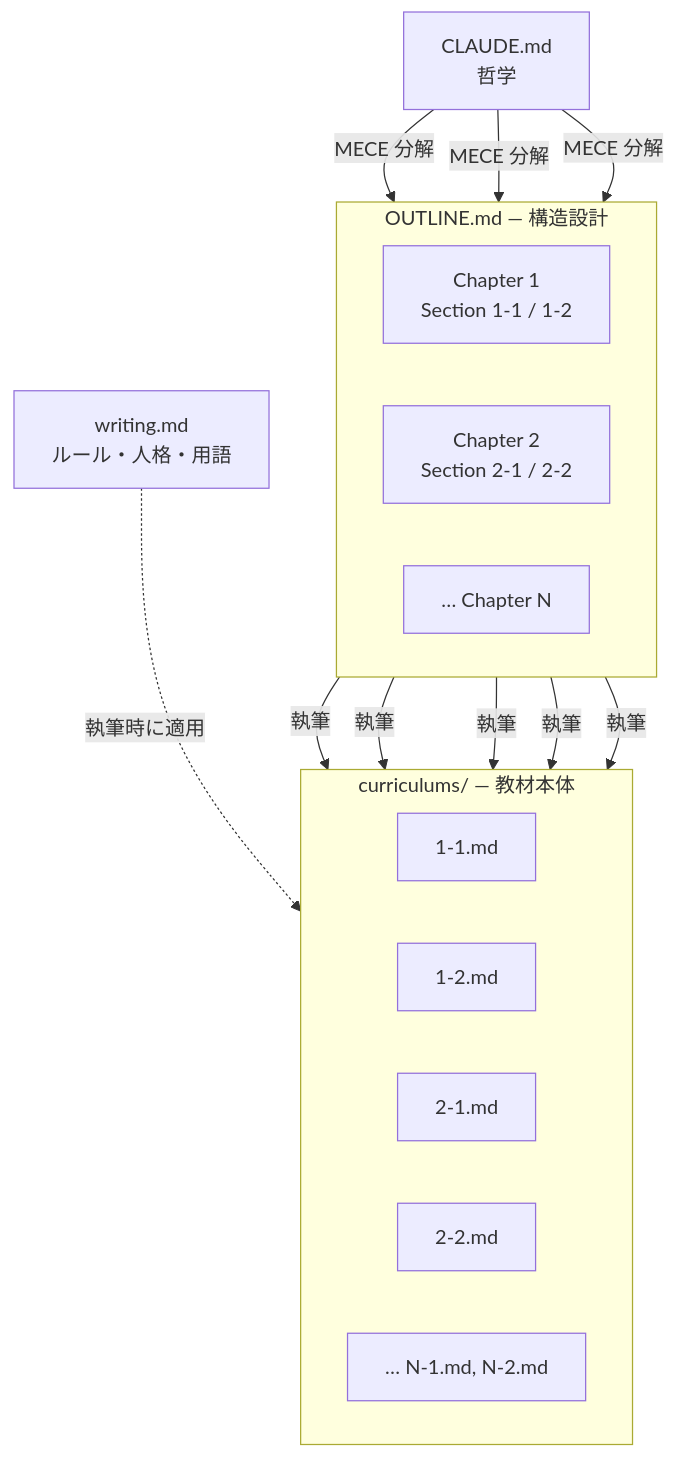
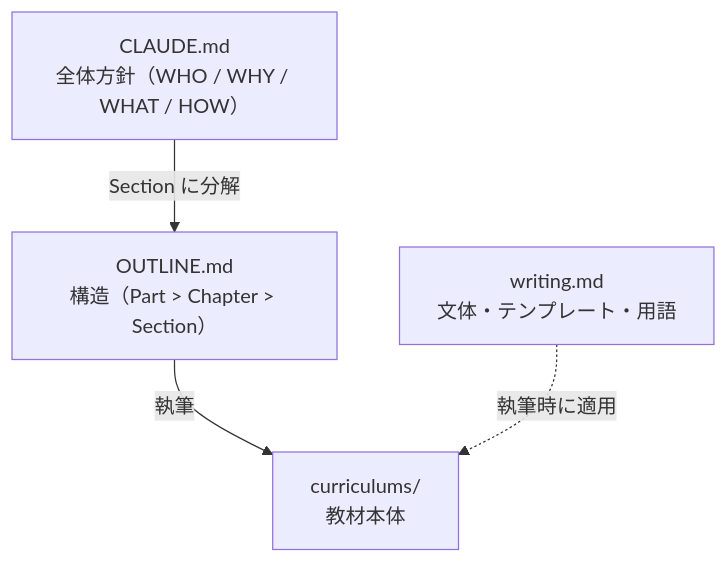
Before and after one commit to coachtech-material/java-spring-boot-curriculum: the second of 2 diagrams in README.md, drawn with Mermaid. The commit also changed other lines of this file, not shown here.

````diff
--- a/README.md
+++ b/README.md
@@ -29,27 +173,6 @@
 ```mermaid
 flowchart TD
-    A["CLAUDE.md\n哲学"]
-
-    subgraph outline["OUTLINE.md — 構造設計"]
-        direction LR
-        B1["Chapter 1\nSection 1-1 / 1-2"]
-        B2["Chapter 2\nSection 2-1 / 2-2"]
-        B3["… Chapter N"]
-    end
-
-    subgraph curr["curriculums/ — 教材本体"]
-        direction LR
-        C1["1-1.md"]
-        C2["1-2.md"]
-        C3["2-1.md"]
-        C4["2-2.md"]
-        C5["… N-1.md, N-2.md"]
-    end
-
-    A -->|MECE 分解| B1 & B2 & B3
-    B1 -->|執筆| C1 & C2
-    B2 -->|執筆| C3 & C4
-    B3 -->|執筆| C5
-
-    W["writing.md\nルール・人格・用語"] -.->|執筆時に適用| curr
+    A["CLAUDE.md<br/>全体方針（WHO / WHY / WHAT / HOW）"] -->|Section に分解| B["OUTLINE.md<br/>構造（Part > Chapter > Section）"]
+    B -->|執筆| C["curriculums/<br/>教材本体"]
+    W["writing.md<br/>文体・テンプレート・用語"] -.->|執筆時に適用| C
 ```
````
